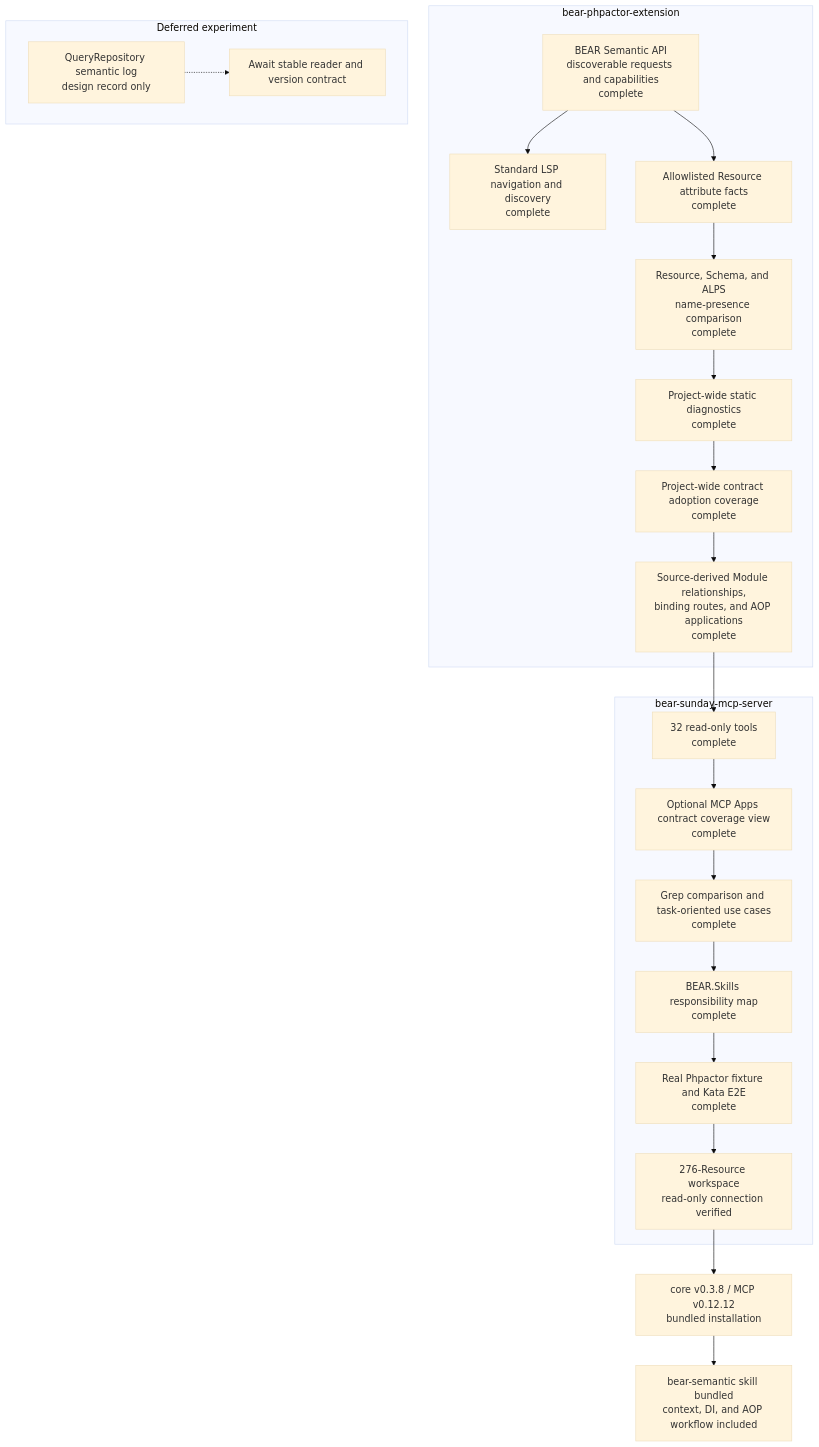
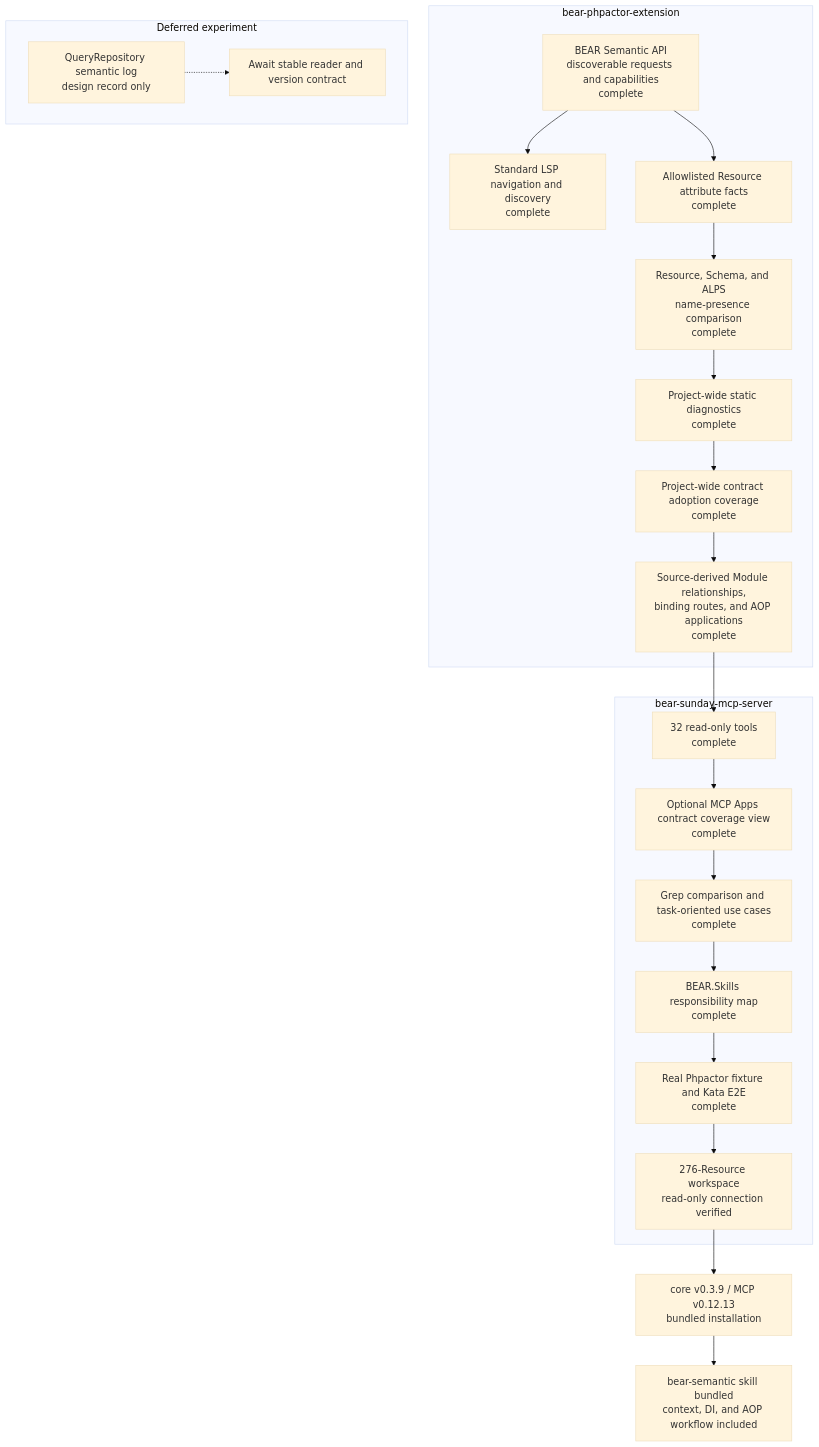
Before and after one commit to suzumaze/bear-sunday-mcp-server: the diagram in docs/project-status.md, drawn with Mermaid (base theme). The commit also changed other lines of this file and 7 other files, not shown here.

````diff
--- a/docs/project-status.md
+++ b/docs/project-status.md
@@ -9,35 +9,35 @@
 ```mermaid
 flowchart TB
     subgraph Core["bear-phpactor-extension"]
         C1["BEAR Semantic API<br/>discoverable requests and capabilities<br/>complete"]
         C2["Standard LSP navigation and discovery<br/>complete"]
         C3["Allowlisted Resource attribute facts<br/>complete"]
         C4["Resource, Schema, and ALPS<br/>name-presence comparison<br/>complete"]
         C5["Project-wide static diagnostics<br/>complete"]
         C6["Project-wide contract adoption coverage<br/>complete"]
         C7["Source-derived Module relationships,<br/>binding routes, and AOP applications<br/>complete"]
         C1 --> C2
         C1 --> C3 --> C4 --> C5 --> C6 --> C7
     end
 
     subgraph MCP["bear-sunday-mcp-server"]
         M1["32 read-only tools<br/>complete"]
         M0["Optional MCP Apps contract coverage view<br/>complete"]
         M2["Grep comparison and task-oriented use cases<br/>complete"]
         M3["BEAR.Skills responsibility map<br/>complete"]
         M4["Real Phpactor fixture and Kata E2E<br/>complete"]
         M5["276-Resource workspace<br/>read-only connection verified"]
         M1 --> M0 --> M2 --> M3 --> M4 --> M5
     end
 
     C7 --> M1
 
     subgraph Deferred["Deferred experiment"]
         D1["QueryRepository semantic log<br/>design record only"]
         D2["Await stable reader and version contract"]
         D1 -.-> D2
     end
 
-    M5 --> R1["core v0.3.8 / MCP v0.12.12<br/>bundled installation"]
+    M5 --> R1["core v0.3.9 / MCP v0.12.13<br/>bundled installation"]
     R1 --> S1["bear-semantic skill bundled<br/>context, DI, and AOP workflow included"]
 ```
````
